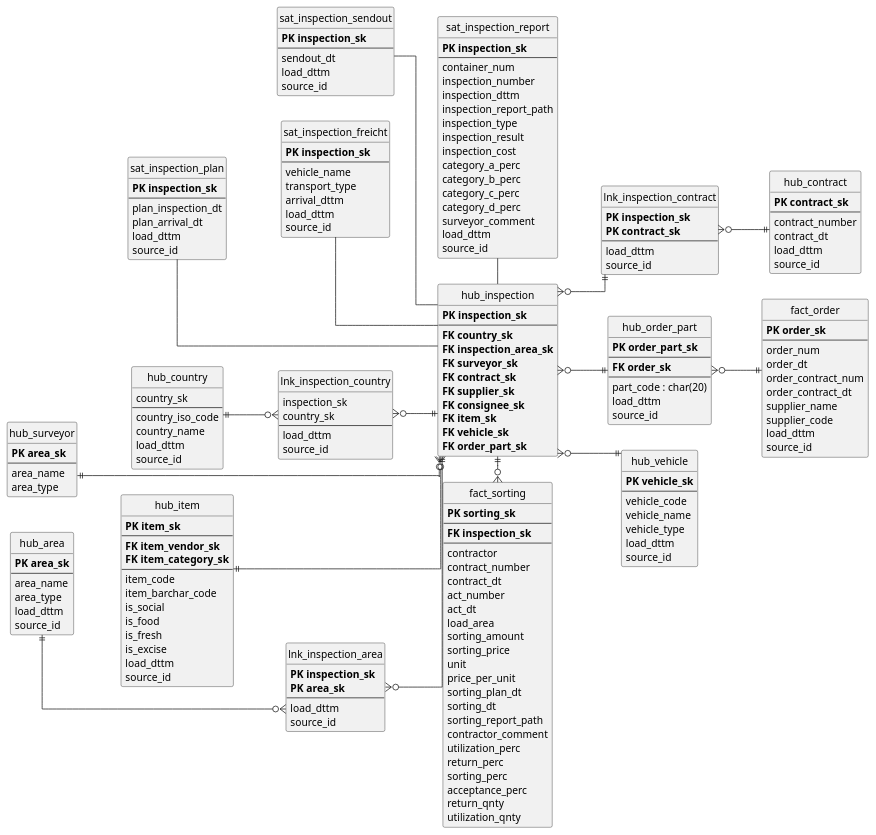
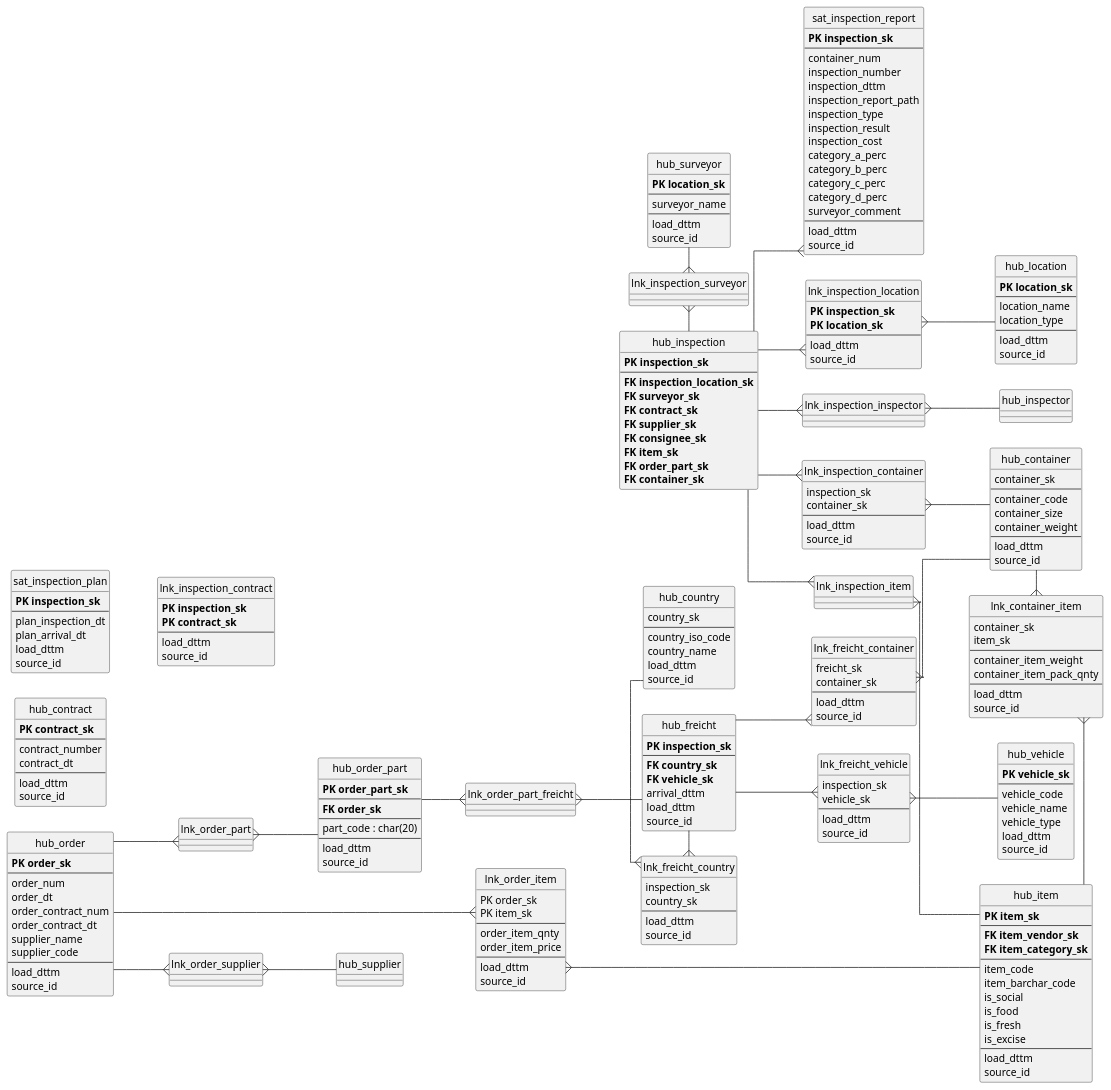
The diagram in 01_dwh_design/08_project/erd/inspections_data_vault.puml (rsnlearn/karpov_hard_de_40), drawn with PlantUML before and after one commit.

Commit message:
update data vault erd

```diff
--- a/01_dwh_design/08_project/erd/inspections_data_vault.puml
+++ b/01_dwh_design/08_project/erd/inspections_data_vault.puml
@@ -10,15 +10,14 @@
 entity hub_inspection {
     **PK inspection_sk**
     --
-    **FK country_sk**
-    **FK inspection_area_sk**
+    **FK inspection_location_sk**
     **FK surveyor_sk**
     **FK contract_sk**
     **FK supplier_sk**
     **FK consignee_sk**
     **FK item_sk**
-    **FK vehicle_sk**
     **FK order_part_sk**
+    **FK container_sk**
 }
 
 entity sat_inspection_plan {
@@ -30,20 +29,93 @@
     source_id
 }
 
-entity sat_inspection_freicht {
+entity hub_freicht {
     **PK inspection_sk**
     --
-    vehicle_name
-    transport_type
+    **FK country_sk**
+    **FK vehicle_sk**
     arrival_dttm
     load_dttm
     source_id
 }
 
-entity sat_inspection_sendout{
-    **PK inspection_sk**
+entity hub_country {
+    country_sk
     --
-    sendout_dt
+    country_iso_code
+    country_name
+    load_dttm
+    source_id
+}
+
+entity lnk_freicht_country {
+    inspection_sk
+    country_sk
+    --
+    load_dttm
+    source_id
+}
+
+entity hub_vehicle {
+    **PK vehicle_sk**
+    --
+    vehicle_code
+    vehicle_name
+    vehicle_type
+    load_dttm
+    source_id
+}
+
+entity lnk_freicht_vehicle {
+    inspection_sk
+    vehicle_sk
+    --
+    load_dttm
+    source_id
+}
+
+entity hub_container {
+    container_sk
+    --
+    container_code
+    container_size
+    container_weight
+    --
+    load_dttm
+    source_id
+}
+
+entity lnk_inspection_container {
+    inspection_sk
+    container_sk
+    --
+    load_dttm
+    source_id
+}
+
+entity lnk_freicht_container {
+    freicht_sk
+    container_sk
+    --
+    load_dttm
+    source_id
+}
+
+'entity sat_inspection_sendout{
+'    **PK inspection_sk**
+'    --
+'    sendout_dt
+'    load_dttm
+'    source_id
+'}
+
+entity lnk_container_item {
+    container_sk
+    item_sk
+    --
+    container_item_weight
+    container_item_pack_qnty
+    --
     load_dttm
     source_id
 }
@@ -63,22 +135,6 @@
     category_c_perc
     category_d_perc
     surveyor_comment
-    load_dttm
-    source_id
-}
-
-entity hub_country {
-    country_sk
-    --
-    country_iso_code
-    country_name
-    load_dttm
-    source_id
-}
-
-entity lnk_inspection_country {
-    inspection_sk
-    country_sk
     --
     load_dttm
     source_id
@@ -96,32 +152,36 @@
     is_food
     is_fresh
     is_excise
+    --
     load_dttm
     source_id
 }
 
-entity hub_area {
-    **PK area_sk**
+entity hub_location {
+    **PK location_sk**
     --
-    area_name
-    area_type
+    location_name
+    location_type
+    --
     load_dttm
     source_id
 }
 
-entity lnk_inspection_area{
+entity lnk_inspection_location{
     **PK inspection_sk**
-    **PK area_sk**
+    **PK location_sk**
     --
     load_dttm
     source_id
 }
 
 entity hub_surveyor {
-    **PK area_sk**
+    **PK location_sk**
     --
-    area_name
-    area_type
+    surveyor_name
+    --
+    load_dttm
+    source_id
 }
 
 entity hub_contract {
@@ -129,6 +189,7 @@
     --
     contract_number
     contract_dt
+    --
     load_dttm
     source_id
 }
@@ -141,7 +202,7 @@
     source_id
 }
 
-entity fact_order {
+entity hub_order {
     **PK order_sk**
     --
     order_num
@@ -150,6 +211,18 @@
     order_contract_dt
     supplier_name
     supplier_code
+    --
+    load_dttm
+    source_id
+}
+
+entity lnk_order_item {
+    PK order_sk
+    PK item_sk
+    --
+    order_item_qnty
+    order_item_price
+    --
     load_dttm
     source_id
 }
@@ -160,69 +233,101 @@
     **FK order_sk**
     --
     part_code : char(20)
+    --
     load_dttm
     source_id
 }
 
-entity hub_vehicle {
-    **PK vehicle_sk**
-    --
-    vehicle_code
-    vehicle_name
-    vehicle_type
-    load_dttm
-    source_id
-}
+'entity fact_sorting {
+'    **PK sorting_sk**
+'    --
+'    **FK inspection_sk**
+'    --
+'    contractor
+'    contract_number
+'    contract_dt
+'    act_number
+'    act_dt
+'    load_location
+'    sorting_amount
+'    sorting_price
+'    unit
+'    price_per_unit
+'    sorting_plan_dt
+'    sorting_dt
+'    sorting_report_path
+'    contractor_comment
+'    utilization_perc
+'    return_perc
+'    sorting_perc
+'    acceptance_perc
+'    return_qnty
+'    utilization_qnty
+'}
 
-entity fact_sorting {
-    **PK sorting_sk**
-    --
-    **FK inspection_sk**
-    --
-    contractor
-    contract_number
-    contract_dt
-    act_number
-    act_dt
-    load_area
-    sorting_amount
-    sorting_price
-    unit
-    price_per_unit
-    sorting_plan_dt
-    sorting_dt
-    sorting_report_path
-    contractor_comment
-    utilization_perc
-    return_perc
-    sorting_perc
-    acceptance_perc
-    return_qnty
-    utilization_qnty
-}
+'sat_inspection_report ||..up[hidden]|| sat_inspection_freicht
+'sat_inspection_freicht ||..up[hidden]|| sat_inspection_plan
+'sat_inspection_freicht ||.up[hidden]|| sat_inspection_sendout
+'sat_inspection_report - hub_inspection
+'sat_inspection_freicht - hub_inspection
+'sat_inspection_plan - hub_inspection
+'sat_inspection_sendout- hub_inspection
+'hub_location ||..[hidden]|| hub_country
+'hub_surveyor ||..[hidden]|| hub_item
+'hub_country ||.down[hidden]|| hub_item
+'hub_location ||--o{ lnk_inspection_location
+'lnk_inspection_location }o--|| hub_inspection
+'hub_country ||--o{ lnk_inspection_country
+'lnk_inspection_country }o--|| hub_inspection
+'hub_item ||--o{ hub_inspection
+'hub_surveyor ||--o{ hub_inspection
+'hub_inspection }o--|| lnk_inspection_contract
+'lnk_inspection_contract }o--|| hub_contract
+'hub_inspection }o--|| hub_order_part
+'hub_inspection }o--|| hub_vehicle
+'hub_order_part }o--|| fact_order
+'hub_country ||.down[hidden]|| hub_item
+'hub_inspection ||-o{fact_sorting
 
-sat_inspection_report ||..up[hidden]|| sat_inspection_freicht
-sat_inspection_freicht ||..up[hidden]|| sat_inspection_plan
-sat_inspection_freicht ||.up[hidden]|| sat_inspection_sendout
-sat_inspection_report - hub_inspection
-sat_inspection_freicht - hub_inspection
-sat_inspection_plan - hub_inspection
-sat_inspection_sendout- hub_inspection
-hub_area ||..[hidden]|| hub_country
-hub_surveyor ||..[hidden]|| hub_item
-hub_country ||.down[hidden]|| hub_item
-hub_area ||--o{ lnk_inspection_area
-lnk_inspection_area }o--|| hub_inspection
-hub_country ||--o{ lnk_inspection_country
-lnk_inspection_country }o--|| hub_inspection
-hub_item ||--o{ hub_inspection
-hub_surveyor ||--o{ hub_inspection
-hub_inspection }o--|| lnk_inspection_contract
-lnk_inspection_contract }o--|| hub_contract
-hub_inspection }o--|| hub_order_part
-hub_inspection }o--|| hub_vehicle
-hub_order_part }o--|| fact_order
-hub_country ||.down[hidden]|| hub_item
-hub_inspection ||-o{fact_sorting
+hub_freicht -{ lnk_freicht_country
+lnk_freicht_country }-left hub_country
+
+hub_freicht --{ lnk_freicht_vehicle
+lnk_freicht_vehicle }-- hub_vehicle
+
+hub_freicht --{ lnk_freicht_container
+lnk_freicht_container }-- hub_container
+
+hub_inspection -{ lnk_inspection_container
+lnk_inspection_container }- hub_container
+
+hub_container -{ lnk_container_item
+lnk_container_item }- hub_item
+
+hub_order -{ lnk_order_item
+lnk_order_item }- hub_item
+
+hub_order --{ lnk_order_part
+lnk_order_part }-- hub_order_part
+
+hub_order_part --{ lnk_order_part_freicht
+lnk_order_part_freicht }-- hub_freicht
+
+hub_order --{ lnk_order_supplier
+lnk_order_supplier }-- hub_supplier
+
+hub_inspection -left{ lnk_inspection_surveyor
+lnk_inspection_surveyor }-left hub_surveyor
+
+hub_inspection --{ lnk_inspection_item
+lnk_inspection_item }-- hub_item
+
+hub_inspection --{ lnk_inspection_location
+lnk_inspection_location }-- hub_location
+
+hub_inspection --{ lnk_inspection_inspector
+lnk_inspection_inspector }-- hub_inspector
+
+hub_inspection --{ sat_inspection_report
 
 @enduml
```
